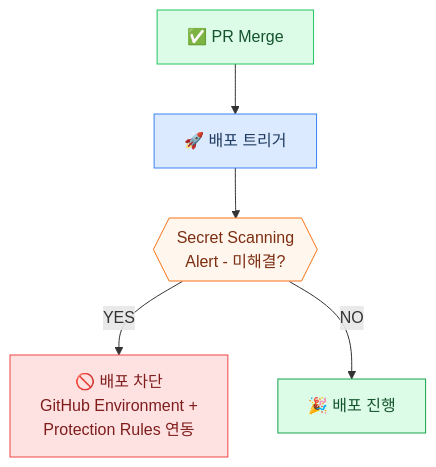
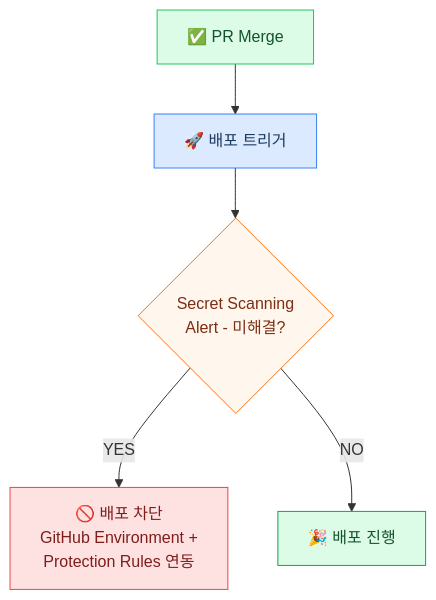
One commit to Anna-Jeong-MS/azurekorea changed the second of 2 diagrams in _posts/2026-05-07-GHAS-Secret_Protection.md. Above: the diagram before and after it, drawn with Mermaid. The commit also changed other lines of this file and 5 other files, not shown here.

````diff
--- a/_posts/2026-05-07-GHAS-Secret_Protection.md
+++ b/_posts/2026-05-07-GHAS-Secret_Protection.md
@@ -116,22 +117,21 @@
 ```mermaid
 flowchart TD
     MERGE["✅ PR Merge"]
     TRIGGER["🚀 배포 트리거"]
-    DEC{{"Secret Scanning
-    Alert - 미해결?"}}
+    DEC{"Secret Scanning <br/>Alert - 미해결?"}
     BLOCK["🚫 배포 차단
     GitHub Environment +
     Protection Rules 연동"]
     DEPLOY["🎉 배포 진행"]
 
     MERGE --> TRIGGER
     TRIGGER --> DEC
     DEC -->|"YES"| BLOCK
     DEC -->|"NO"| DEPLOY
 
     style MERGE fill:#dcfce7,stroke:#22c55e,color:#14532d
     style TRIGGER fill:#dbeafe,stroke:#3b82f6,color:#1e3a5f
     style DEC fill:#fff7ed,stroke:#f97316,color:#7c2d12
     style BLOCK fill:#fee2e2,stroke:#ef4444,color:#7f1d1d
     style DEPLOY fill:#dcfce7,stroke:#16a34a,color:#14532d
 ```
````
